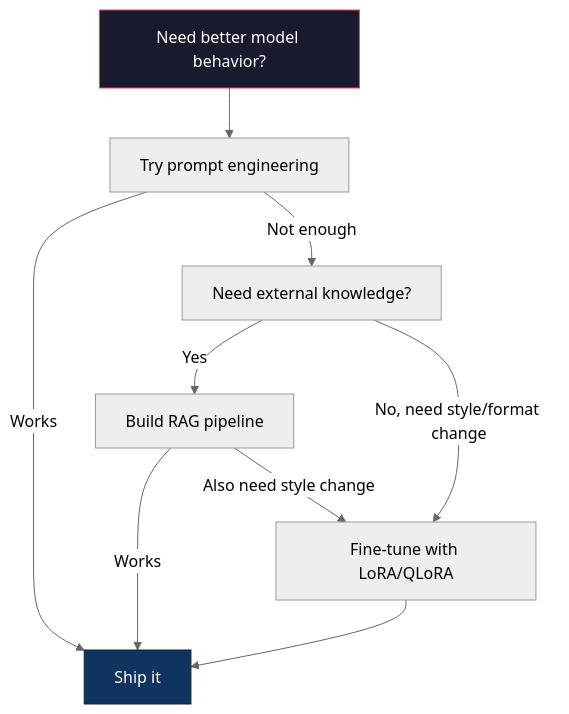
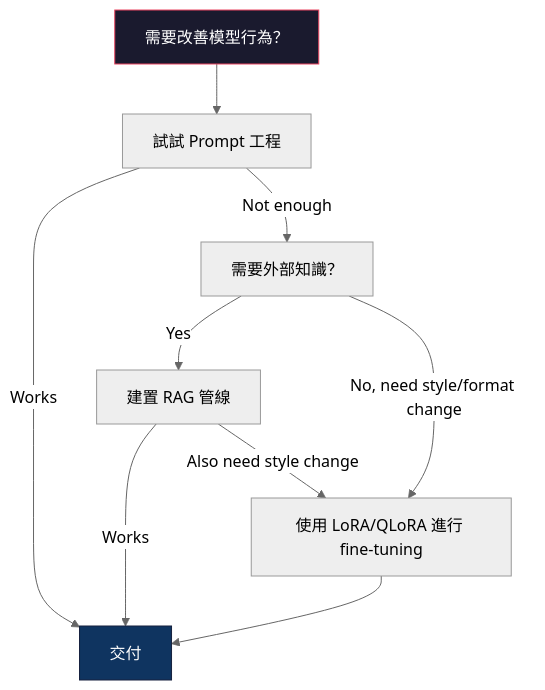
Before and after one commit to edward821220/ai-engineering-from-scratch: the second of 2 diagrams in i18n/zh-TW/phases/11-llm-engineering/08-fine-tuning-lora/docs/zh-TW.md, drawn with Mermaid (neutral theme). The commit also changed other lines of this file and 123 other files, not shown here.

````diff
--- a/i18n/zh-TW/phases/11-llm-engineering/08-fine-tuning-lora/docs/zh-TW.md
+++ b/i18n/zh-TW/phases/11-llm-engineering/08-fine-tuning-lora/docs/zh-TW.md
@@ -206,14 +206,14 @@
 ```mermaid
 graph TD
-    Start["Need better model behavior?"] --> PE["Try prompt engineering"]
-    PE -->|"Works"| Done["Ship it"]
-    PE -->|"Not enough"| RAG["Need external knowledge?"]
-    RAG -->|"Yes"| RAGBuild["Build RAG pipeline"]
-    RAG -->|"No, need style/format change"| FT["Fine-tune with LoRA/QLoRA"]
+    Start["需要改善模型行為？"] --> PE["試試 Prompt 工程"]
+    PE -->|"Works"| Done["交付"]
+    PE -->|"Not enough"| RAG["需要外部知識？"]
+    RAG -->|"Yes"| RAGBuild["建置 RAG 管線"]
+    RAG -->|"No, need style/format change"| FT["使用 LoRA/QLoRA 進行 fine-tuning"]
     RAGBuild -->|"Works"| Done
     RAGBuild -->|"Also need style change"| FT
     FT --> Done
 
     style Start fill:#1a1a2e,stroke:#e94560,color:#fff
     style Done fill:#0f3460,stroke:#16213e,color:#fff
 ```
````
